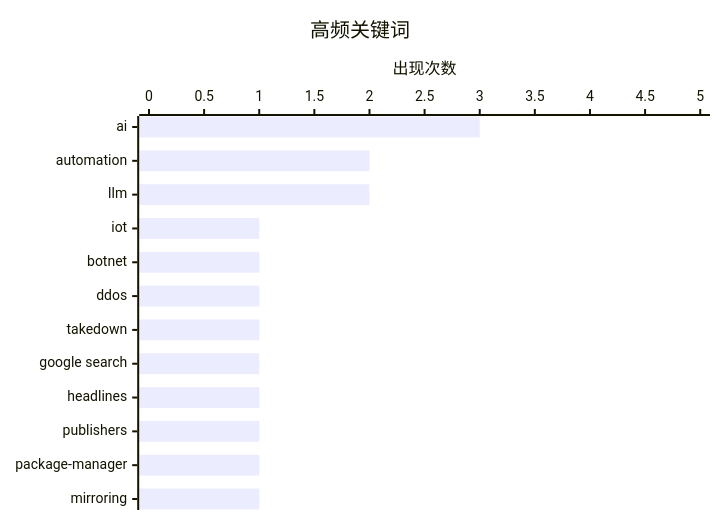
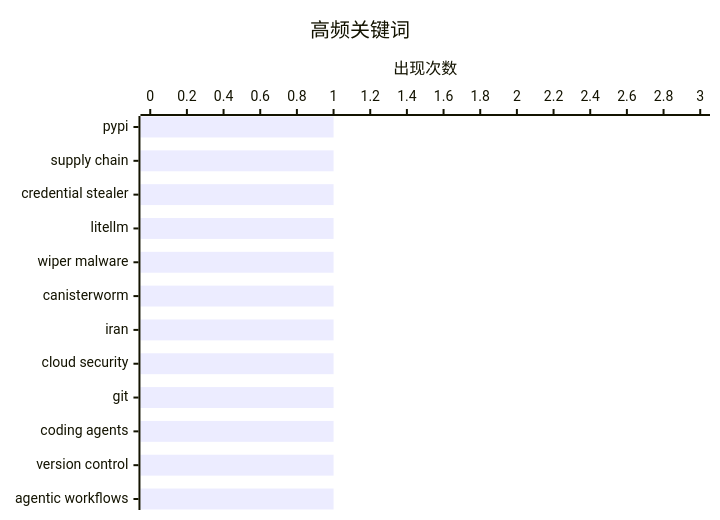
Before and after one commit to originem0/SZBlog: the second of 2 diagrams in content/ai-daily/2026-03-21.md, drawn with Mermaid. The commit also changed other lines of this file, not shown here.

````diff
--- a/content/ai-daily/2026-03-21.md
+++ b/content/ai-daily/2026-03-21.md
@@ -71,7 +67,7 @@
 ```mermaid
 xychart-beta horizontal
     title "高频关键词"
-    x-axis ["ai", "automation", "llm", "iot", "botnet", "ddos", "takedown", "google search", "headlines", "publishers", "package-manager", "mirroring"]
-    y-axis "出现次数" 0 --> 5
-    bar [3, 2, 2, 1, 1, 1, 1, 1, 1, 1, 1, 1]
+    x-axis ["pypi", "supply chain", "credential stealer", "litellm", "wiper malware", "canisterworm", "iran", "cloud security", "git", "coding agents", "version control", "agentic workflows"]
+    y-axis "出现次数" 0 --> 3
+    bar [1, 1, 1, 1, 1, 1, 1, 1, 1, 1, 1, 1]
 ```
````
